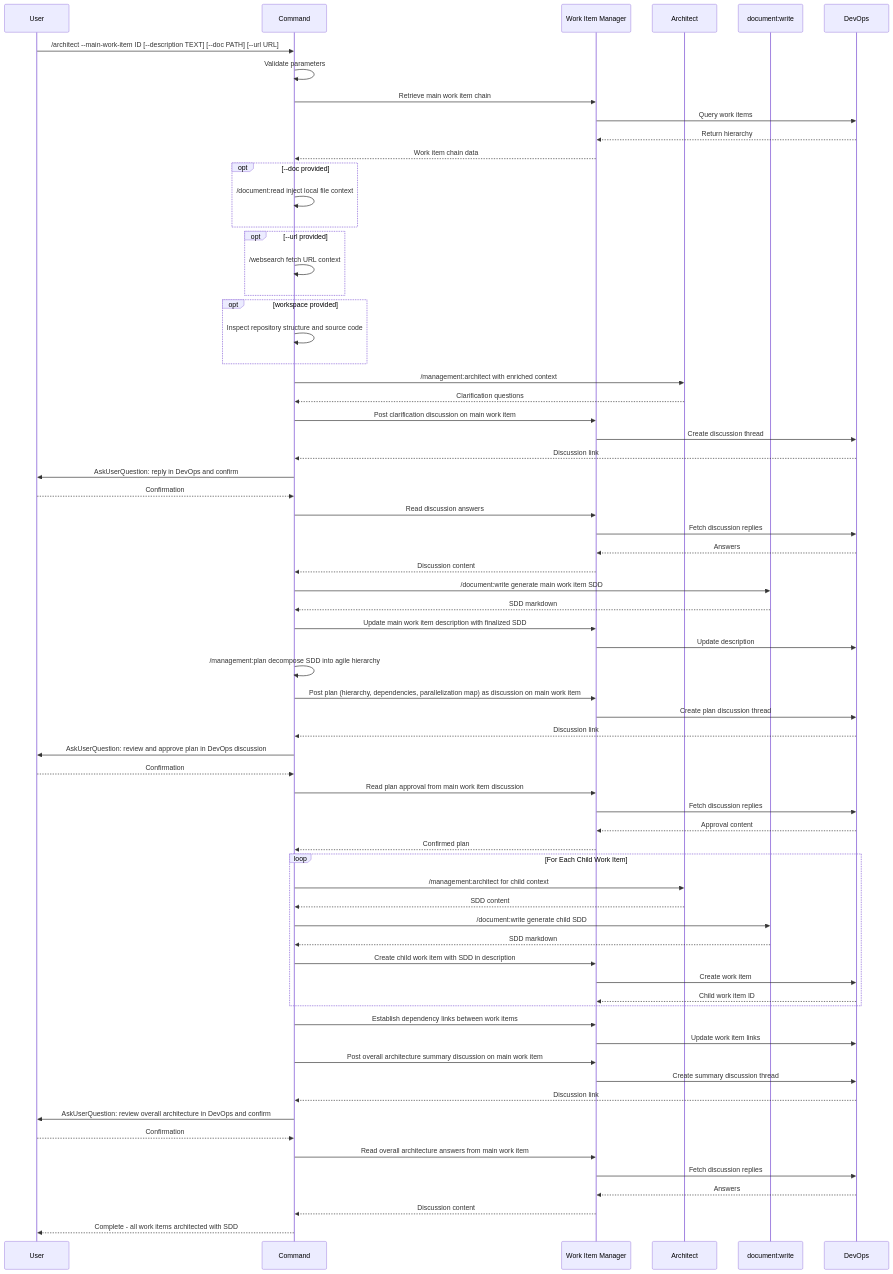
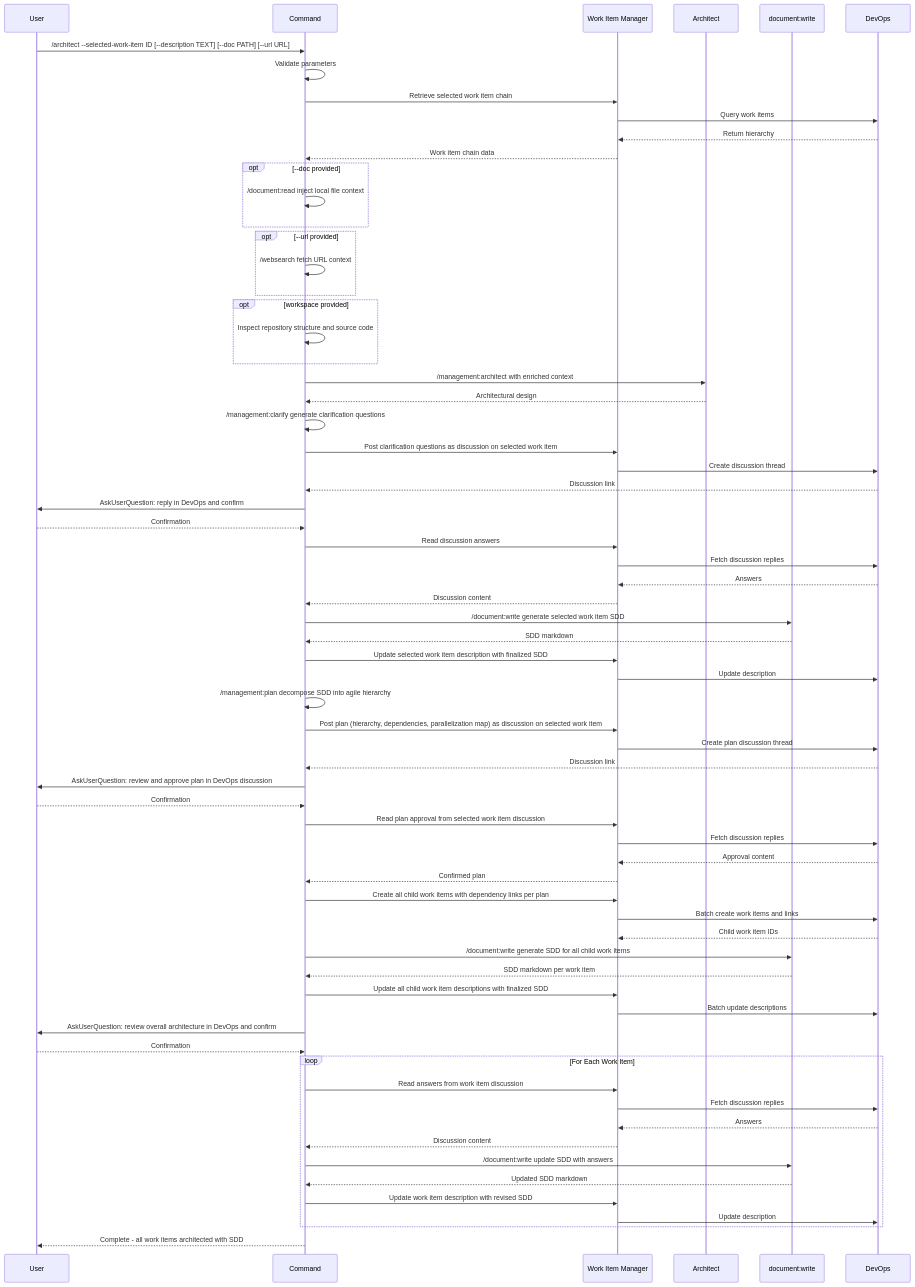
One commit to zzaia/zzaia-agentic-workspace changed the diagram in .claude/commands/workflow/architect-remote.md. Above: the diagram before and after it, drawn with Mermaid. The commit also changed other lines of this file, not shown here.

Commit message:
Improve the architect-remote workflow;

````diff
--- a/.claude/commands/workflow/architect-remote.md
+++ b/.claude/commands/workflow/architect-remote.md
@@ -94,71 +87,71 @@
 ```mermaid
 sequenceDiagram
     participant U as User
     participant C as Command
     participant WM as Work Item Manager
     participant AR as Architect
     participant DW as document:write
     participant D as DevOps
 
-    U->>C: /architect --main-work-item ID [--description TEXT] [--doc PATH] [--url URL]
+    U->>C: /architect --selected-work-item ID [--description TEXT] [--doc PATH] [--url URL]
     C->>C: Validate parameters
-    C->>WM: Retrieve main work item chain
+    C->>WM: Retrieve selected work item chain
     WM->>D: Query work items
     D-->>WM: Return hierarchy
     WM-->>C: Work item chain data
     opt --doc provided
         C->>C: /document:read inject local file context
     end
     opt --url provided
         C->>C: /websearch fetch URL context
     end
     opt workspace provided
         C->>C: Inspect repository structure and source code
     end
     C->>AR: /management:architect with enriched context
-    AR-->>C: Clarification questions
-    C->>WM: Post clarification discussion on main work item
+    AR-->>C: Architectural design
+    C->>C: /management:clarify generate clarification questions
+    C->>WM: Post clarification questions as discussion on selected work item
     WM->>D: Create discussion thread
     D-->>C: Discussion link
     C->>U: AskUserQuestion: reply in DevOps and confirm
     U-->>C: Confirmation
     C->>WM: Read discussion answers
     WM->>D: Fetch discussion replies
     D-->>WM: Answers
     WM-->>C: Discussion content
-    C->>DW: /document:write generate main work item SDD
+    C->>DW: /document:write generate selected work item SDD
     DW-->>C: SDD markdown
-    C->>WM: Update main work item description with finalized SDD
+    C->>WM: Update selected work item description with finalized SDD
     WM->>D: Update description
     C->>C: /management:plan decompose SDD into agile hierarchy
-    C->>WM: Post plan (hierarchy, dependencies, parallelization map) as discussion on main work item
+    C->>WM: Post plan (hierarchy, dependencies, parallelization map) as discussion on selected work item
     WM->>D: Create plan discussion thread
     D-->>C: Discussion link
     C->>U: AskUserQuestion: review and approve plan in DevOps discussion
     U-->>C: Confirmation
-    C->>WM: Read plan approval from main work item discussion
+    C->>WM: Read plan approval from selected work item discussion
     WM->>D: Fetch discussion replies
     D-->>WM: Approval content
     WM-->>C: Confirmed plan
-    loop For Each Child Work Item
-        C->>AR: /management:architect for child context
-        AR-->>C: SDD content
-        C->>DW: /document:write generate child SDD
-        DW-->>C: SDD markdown
-        C->>WM: Create child work item with SDD in description
-        WM->>D: Create work item
-        D-->>WM: Child work item ID
-    end
-    C->>WM: Establish dependency links between work items
-    WM->>D: Update work item links
-    C->>WM: Post overall architecture summary discussion on main work item
-    WM->>D: Create summary discussion thread
-    D-->>C: Discussion link
+    C->>WM: Create all child work items with dependency links per plan
+    WM->>D: Batch create work items and links
+    D-->>WM: Child work item IDs
+    C->>DW: /document:write generate SDD for all child work items
+    DW-->>C: SDD markdown per work item
+    C->>WM: Update all child work item descriptions with finalized SDD
+    WM->>D: Batch update descriptions
     C->>U: AskUserQuestion: review overall architecture in DevOps and confirm
     U-->>C: Confirmation
-    C->>WM: Read overall architecture answers from main work item
-    WM->>D: Fetch discussion replies
-    D-->>WM: Answers
-    WM-->>C: Discussion content
+    loop For Each Work Item
+        C->>WM: Read answers from work item discussion
+        WM->>D: Fetch discussion replies
+        D-->>WM: Answers
+        WM-->>C: Discussion content
+        C->>DW: /document:write update SDD with answers
+        DW-->>C: Updated SDD markdown
+        C->>WM: Update work item description with revised SDD
+        WM->>D: Update description
+    end
     C-->>U: Complete - all work items architected with SDD
 ```
````
